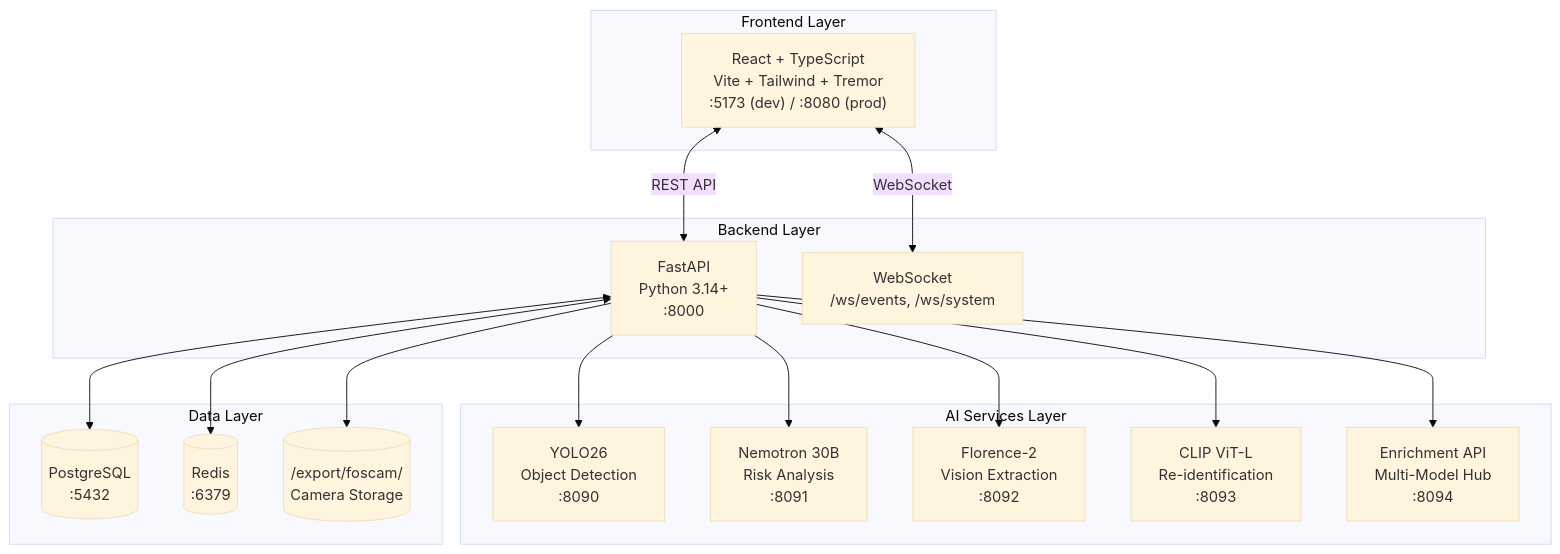
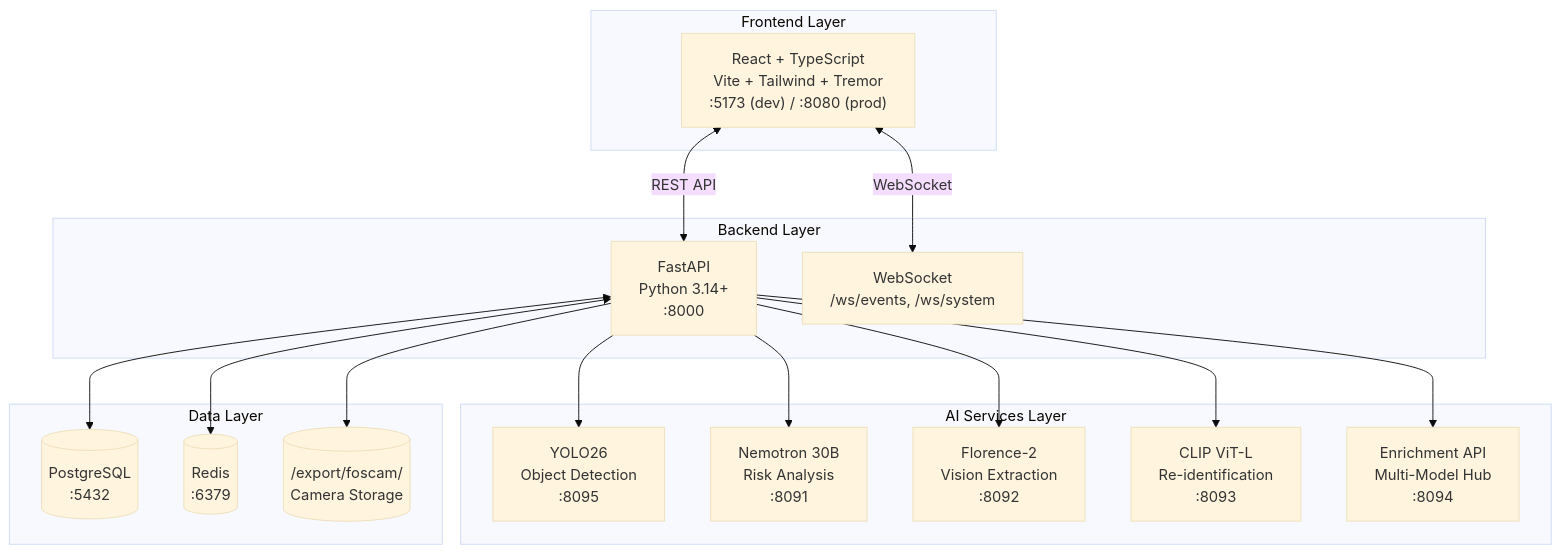
Before and after one commit to mikesvoboda/nemotron-v3-home-security-intelligence: the first of 2 diagrams in docs/architecture/system-overview/README.md, drawn with Mermaid (base theme). The commit also changed other lines of this file and 109 other files, not shown here.

````diff
--- a/docs/architecture/system-overview/README.md
+++ b/docs/architecture/system-overview/README.md
@@ -13,36 +13,36 @@
 ```mermaid
 flowchart TB
     subgraph Frontend["Frontend Layer"]
         FE["React + TypeScript<br/>Vite + Tailwind + Tremor<br/>:5173 (dev) / :8080 (prod)"]
     end
 
     subgraph Backend["Backend Layer"]
         BE["FastAPI<br/>Python 3.14+<br/>:8000"]
         WS["WebSocket<br/>/ws/events, /ws/system"]
     end
 
     subgraph AI["AI Services Layer"]
-        DET["YOLO26<br/>Object Detection<br/>:8090"]
+        DET["YOLO26<br/>Object Detection<br/>:8095"]
         LLM["Nemotron 30B<br/>Risk Analysis<br/>:8091"]
         FLO["Florence-2<br/>Vision Extraction<br/>:8092"]
         CLIP["CLIP ViT-L<br/>Re-identification<br/>:8093"]
         ENR["Enrichment API<br/>Multi-Model Hub<br/>:8094"]
     end
 
     subgraph Data["Data Layer"]
         PG[(PostgreSQL<br/>:5432)]
         RD[(Redis<br/>:6379)]
         FS[("/export/foscam/<br/>Camera Storage")]
     end
 
     FE <-->|REST API| BE
     FE <-->|WebSocket| WS
     BE --> DET
     BE --> LLM
     BE --> FLO
     BE --> CLIP
     BE --> ENR
     BE <--> PG
     BE <--> RD
     BE --> FS
 ```
````
